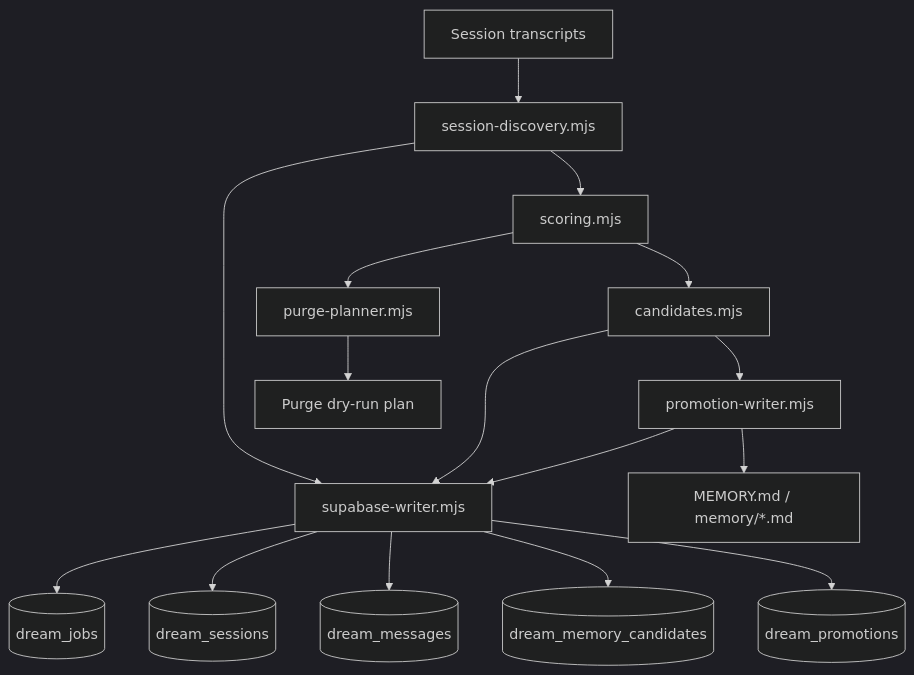
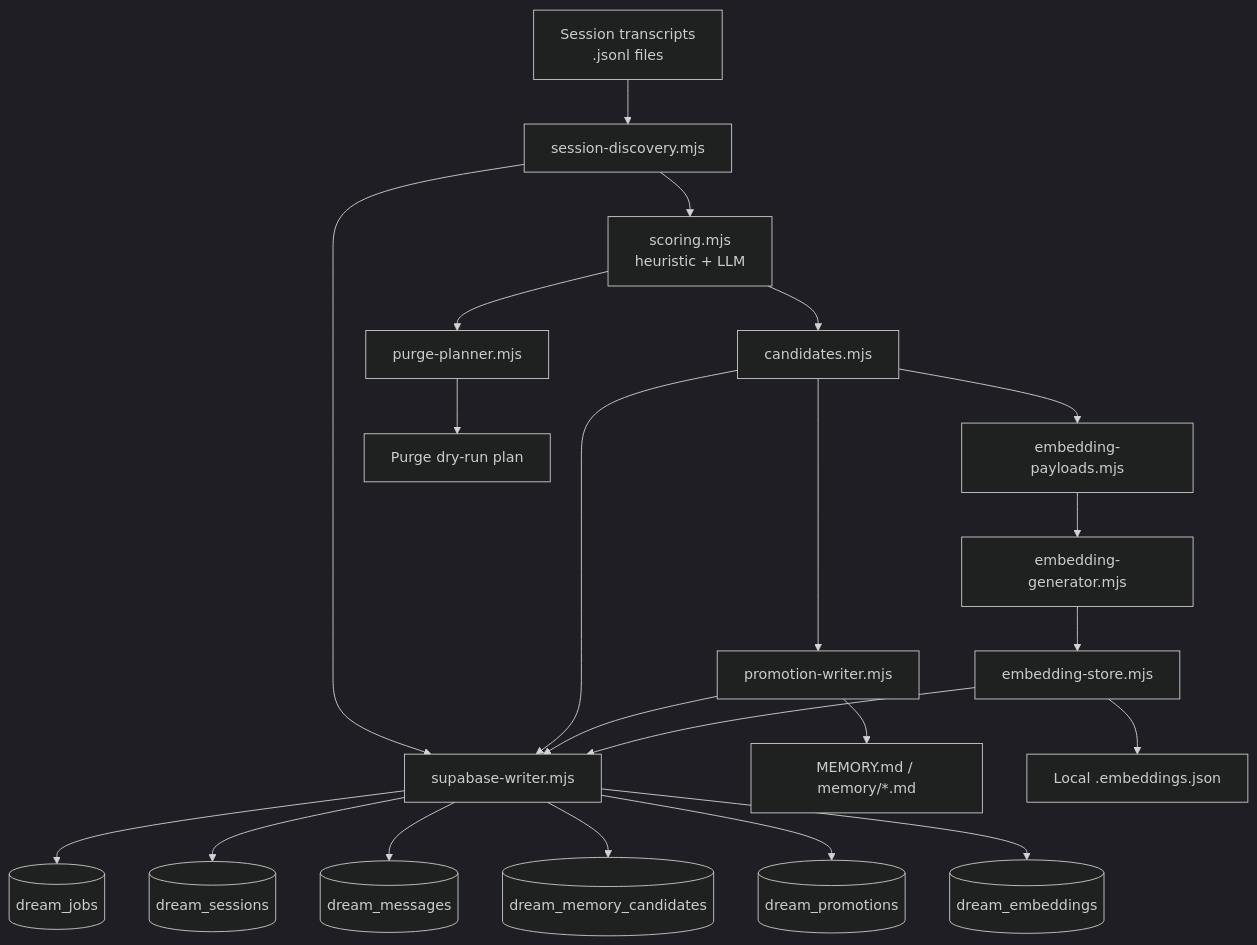
Before and after one commit to kevin-lim59/05_dream: the first of 2 diagrams in README.md, drawn with Mermaid (dark theme). The commit also changed other lines of this file and 1 other file, not shown here.

````diff
--- a/README.md
+++ b/README.md
@@ -65,20 +50,26 @@
 ```mermaid
 flowchart TD
-    A[Session transcripts] --> B[session-discovery.mjs]
-    B --> C[scoring.mjs]
+    A[Session transcripts<br/>.jsonl files] --> B[session-discovery.mjs]
+    B --> C[scoring.mjs<br/>heuristic + LLM]
     C --> D[candidates.mjs]
     D --> E[promotion-writer.mjs]
+    D --> EP[embedding-payloads.mjs]
+    EP --> EG[embedding-generator.mjs]
+    EG --> ES[embedding-store.mjs]
     C --> F[purge-planner.mjs]
     B --> G[supabase-writer.mjs]
     D --> G
     E --> G
+    ES --> G
 
     G --> H[(dream_jobs)]
     G --> I[(dream_sessions)]
     G --> J[(dream_messages)]
     G --> K[(dream_memory_candidates)]
     G --> L[(dream_promotions)]
+    G --> EM[(dream_embeddings)]
 
     E --> M[MEMORY.md / memory/*.md]
     F --> N[Purge dry-run plan]
+    ES --> O[Local .embeddings.json]
 ```
````
